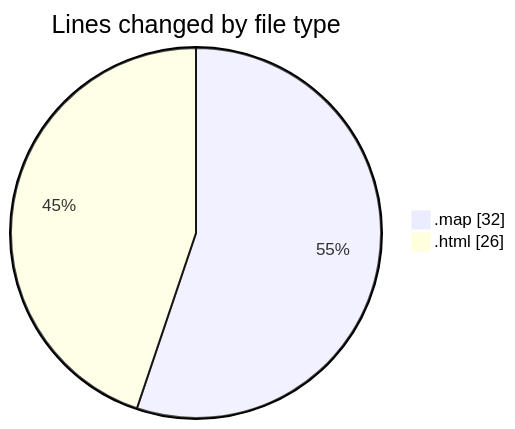
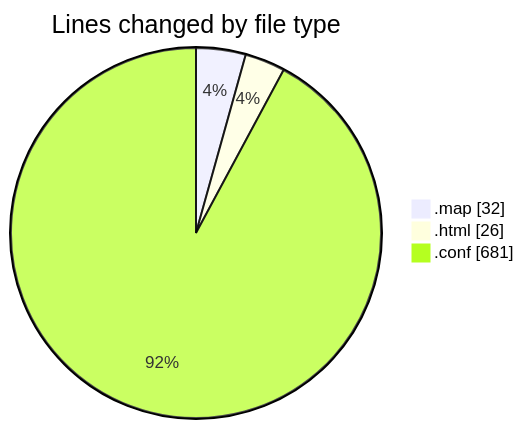
The first of 2 diagrams in 2025-03-19/energis/README.md (LanceThiago/code-tracking), drawn with Mermaid before and after one commit. The commit also changed other lines of this file and 1 other file, not shown here.

````diff
--- a/2025-03-19/energis/README.md
+++ b/2025-03-19/energis/README.md
@@ -21,6 +22,7 @@
 ```mermaid
 pie showData
 title Lines changed by file type
 ".map" : 32
 ".html" : 26
+".conf" : 681
 ```
````
